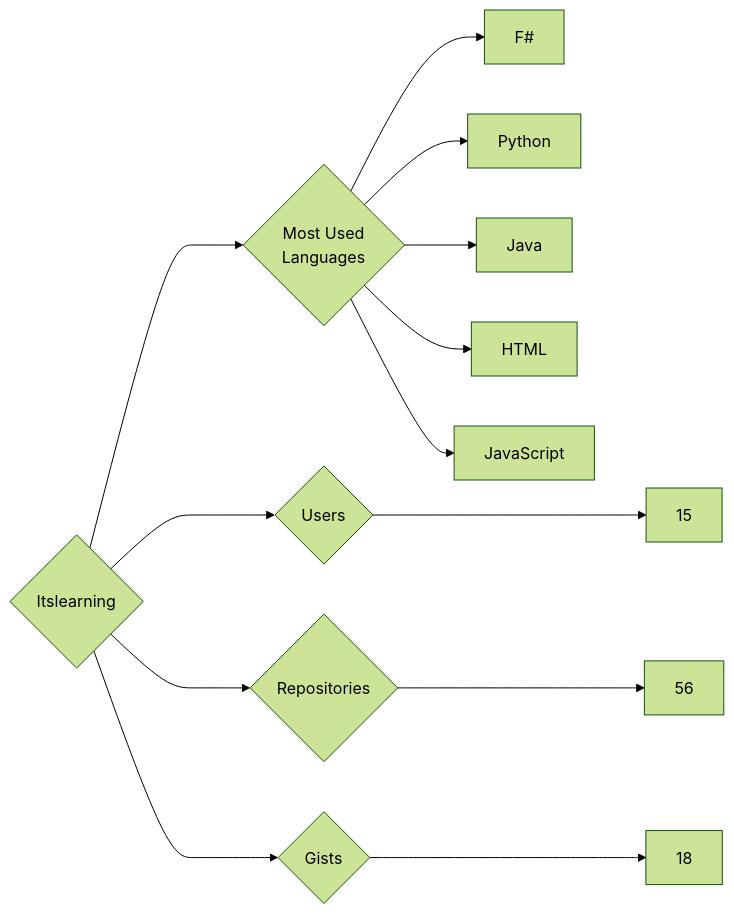
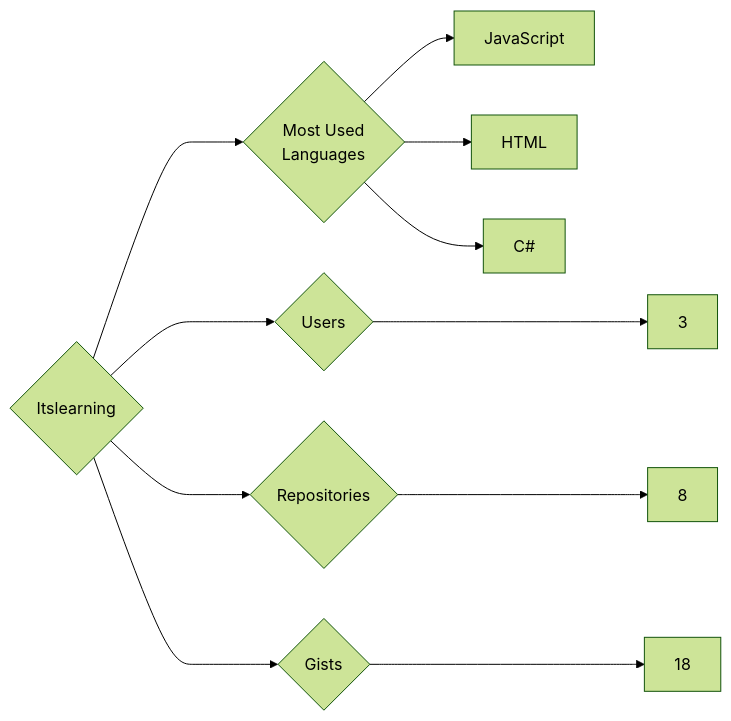
One commit to trickest/insiders changed the diagram in targets/Itslearning/README.md. Above: the diagram before and after it, drawn with Mermaid (forest theme). The commit also changed 932 other files, not shown here.

````diff
--- a/targets/Itslearning/README.md
+++ b/targets/Itslearning/README.md
@@ -3,13 +3,11 @@
 ```mermaid
 graph LR
 COMPANY_NAME{Itslearning}
-COMPANY_NAME ---> U{Users} ---> UN[15]
-COMPANY_NAME ---> R{Repositories} ---> RN[56]
+COMPANY_NAME ---> U{Users} ---> UN[3]
+COMPANY_NAME ---> R{Repositories} ---> RN[8]
 COMPANY_NAME ---> G{Gists} ---> GN[18]
 COMPANY_NAME ---> ML{Most Used<br>Languages}
-ML --> F#[F#]
-ML --> Python[Python]
-ML --> Java[Java]
+ML --> JavaScript[JavaScript]
 ML --> HTML[HTML]
-ML --> JavaScript[JavaScript]
+ML --> C#[C#]
 ```
````
